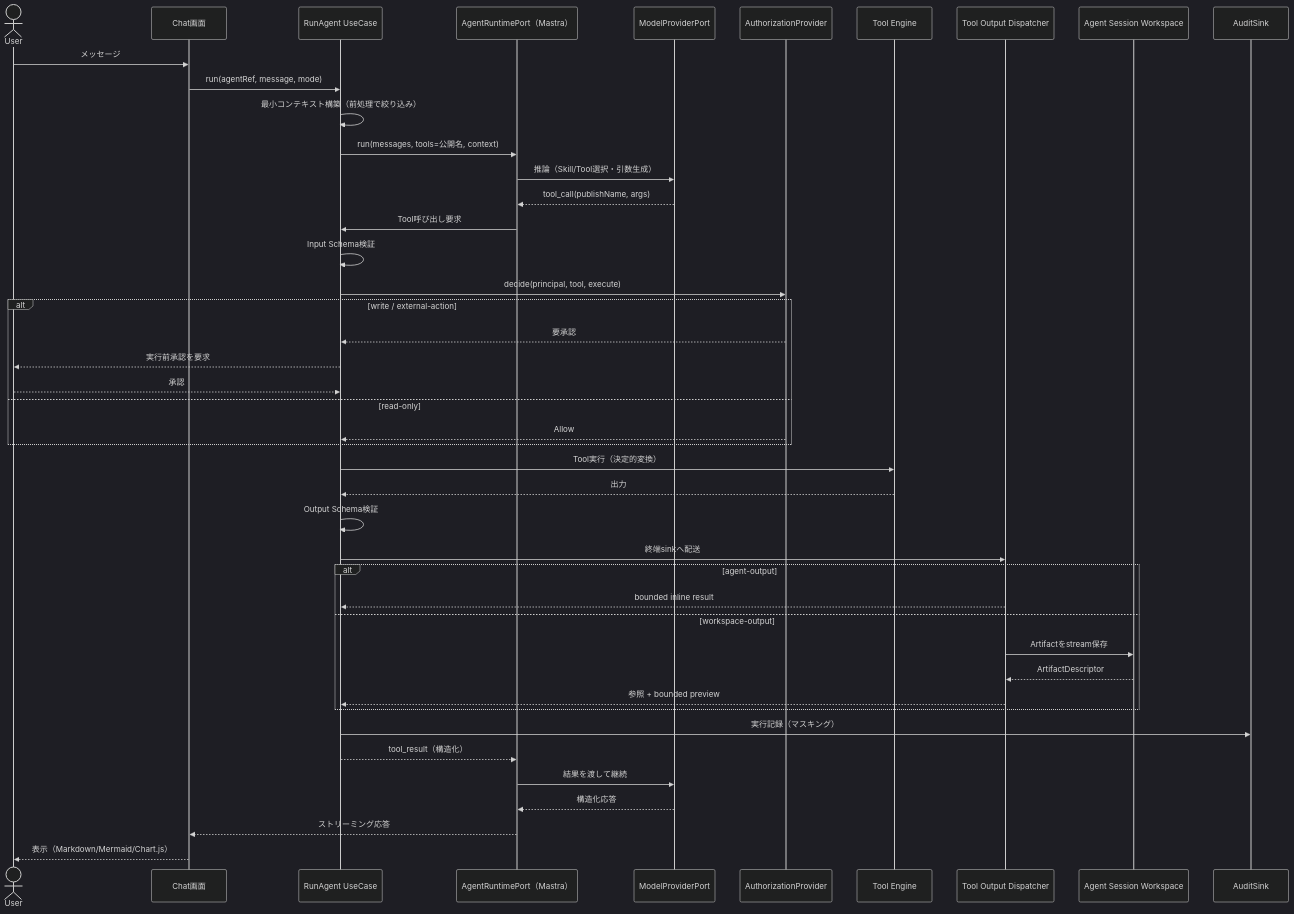
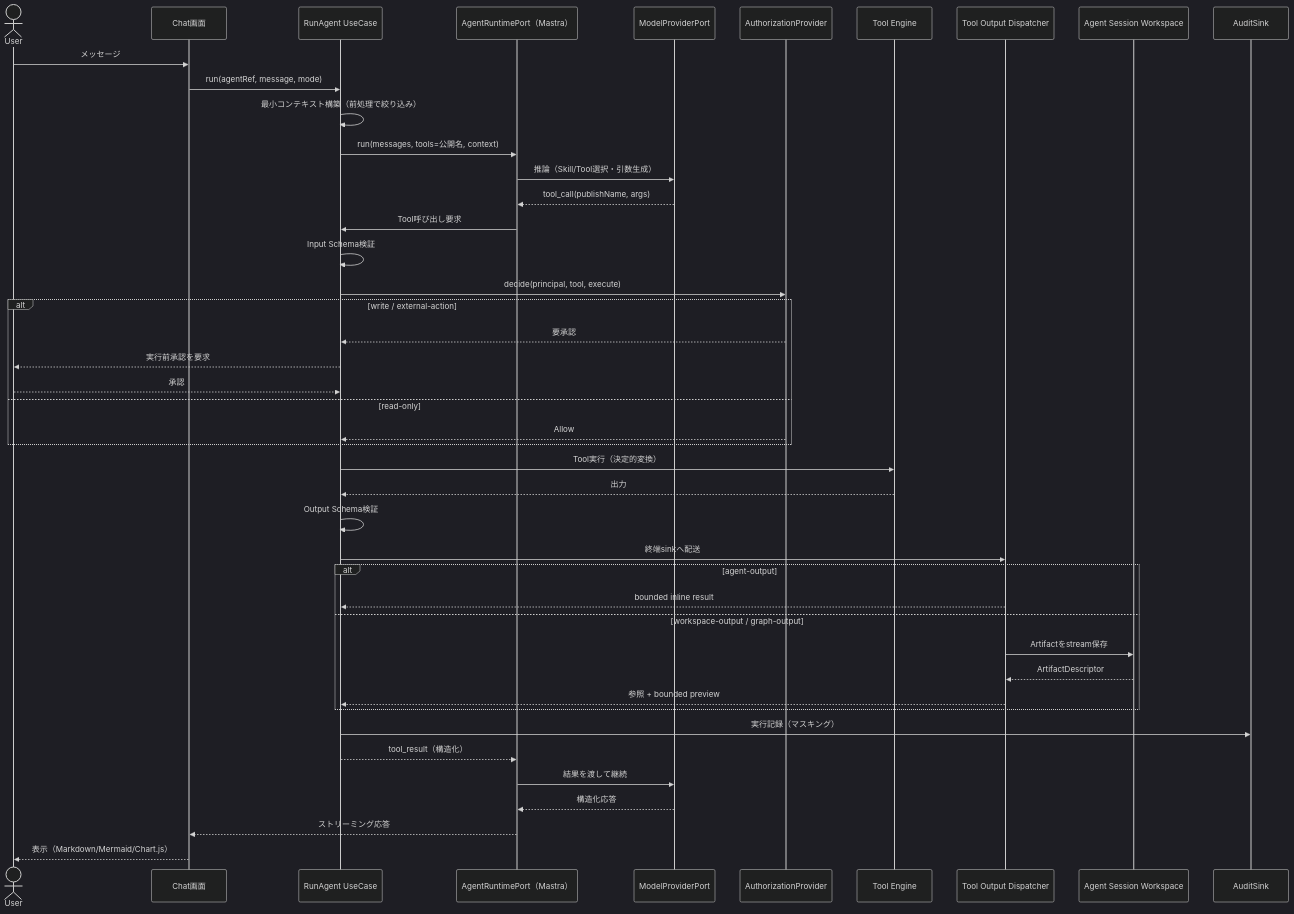
Before and after one commit to yy7613/agentblume: the third of 6 diagrams in docs/07-execution-model.md, drawn with Mermaid (dark theme). The commit also changed other lines of this file and 49 other files, not shown here.

````diff
--- a/docs/07-execution-model.md
+++ b/docs/07-execution-model.md
@@ -65,47 +65,47 @@
 ```mermaid
 sequenceDiagram
   actor User
   participant Chat as Chat画面
   participant App as RunAgent UseCase
   participant RT as AgentRuntimePort（Mastra）
   participant LLM as ModelProviderPort
   participant AZ as AuthorizationProvider
   participant TE as Tool Engine
   participant OD as Tool Output Dispatcher
   participant SW as Agent Session Workspace
   participant Aud as AuditSink
 
   User->>Chat: メッセージ
   Chat->>App: run(agentRef, message, mode)
   App->>App: 最小コンテキスト構築（前処理で絞り込み）
   App->>RT: run(messages, tools=公開名, context)
   RT->>LLM: 推論（Skill/Tool選択・引数生成）
   LLM-->>RT: tool_call(publishName, args)
   RT->>App: Tool呼び出し要求
   App->>App: Input Schema検証
   App->>AZ: decide(principal, tool, execute)
   alt write / external-action
     AZ-->>App: 要承認
     App-->>User: 実行前承認を要求
     User-->>App: 承認
   else read-only
     AZ-->>App: Allow
   end
   App->>TE: Tool実行（決定的変換）
   TE-->>App: 出力
   App->>App: Output Schema検証
   App->>OD: 終端sinkへ配送
   alt agent-output
     OD-->>App: bounded inline result
-  else workspace-output
+  else workspace-output / graph-output
     OD->>SW: Artifactをstream保存
     SW-->>OD: ArtifactDescriptor
     OD-->>App: 参照 + bounded preview
   end
   App->>Aud: 実行記録（マスキング）
   App-->>RT: tool_result（構造化）
   RT->>LLM: 結果を渡して継続
   LLM-->>RT: 構造化応答
   RT-->>Chat: ストリーミング応答
   Chat-->>User: 表示（Markdown/Mermaid/Chart.js）
 ```
````
